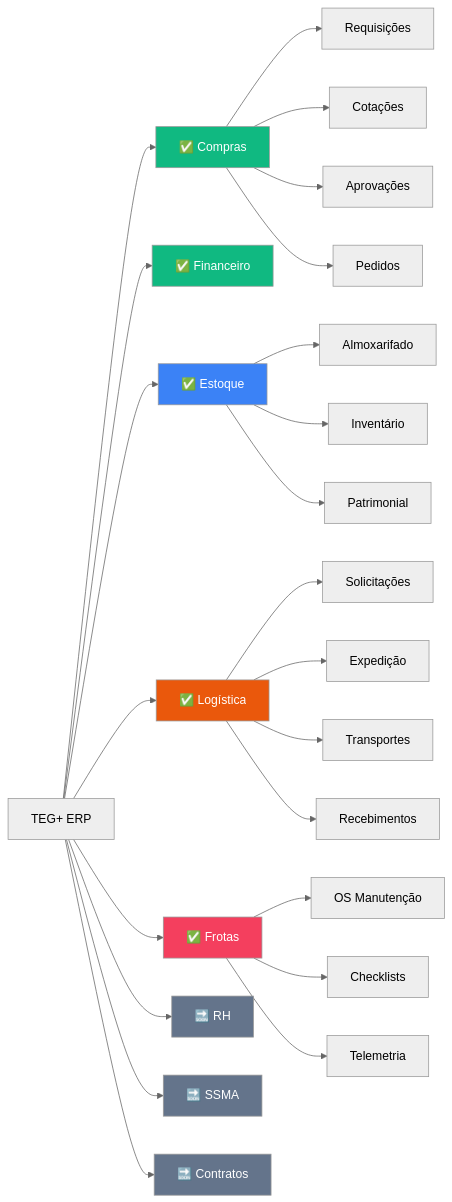
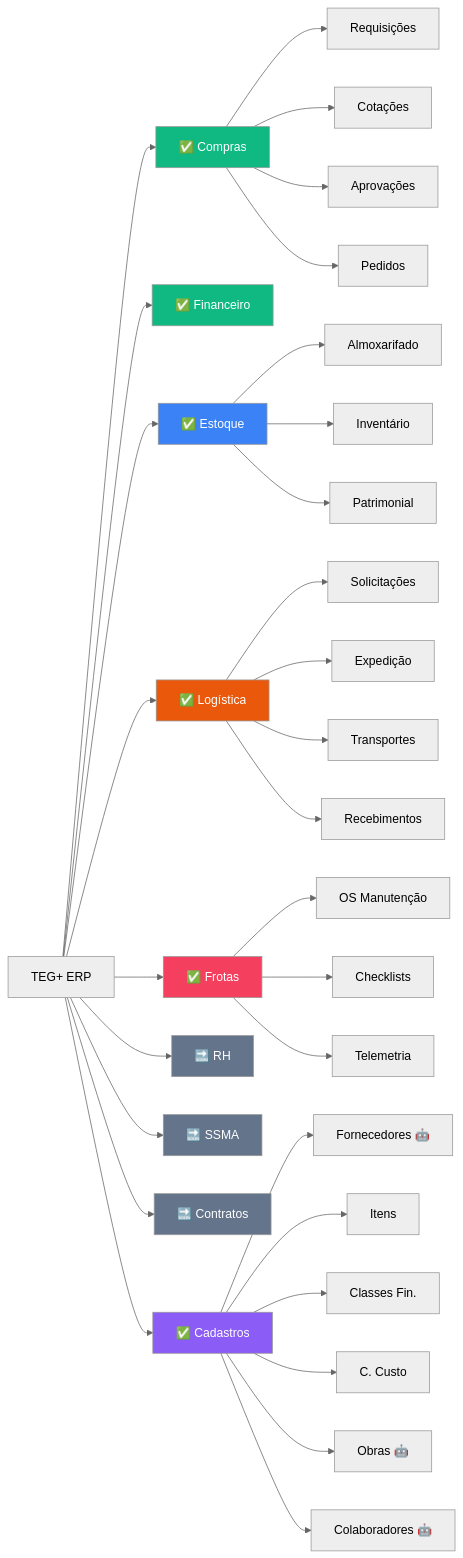
The second of 2 diagrams in docs/obsidian/00 - TEG+ INDEX.md (leandroteg/teg-plus), drawn with Mermaid (neutral theme) before and after one commit. The commit also changed other lines of this file and 7 other files, not shown here.

````diff
--- a/docs/obsidian/00 - TEG+ INDEX.md
+++ b/docs/obsidian/00 - TEG+ INDEX.md
@@ -98,38 +102,47 @@
 ```mermaid
 graph LR
     M[TEG+ ERP] --> C[✅ Compras]
     M --> F[✅ Financeiro]
     M --> E[✅ Estoque]
     M --> L[✅ Logística]
     M --> FR[✅ Frotas]
     M --> R[🔜 RH]
     M --> S[🔜 SSMA]
     M --> K[🔜 Contratos]
+    M --> CAD[✅ Cadastros]
+
+    CAD --> CAD1[Fornecedores 🤖]
+    CAD --> CAD2[Itens]
+    CAD --> CAD3[Classes Fin.]
+    CAD --> CAD4[C. Custo]
+    CAD --> CAD5[Obras 🤖]
+    CAD --> CAD6[Colaboradores 🤖]
 
     C --> C1[Requisições]
     C --> C2[Cotações]
     C --> C3[Aprovações]
     C --> C4[Pedidos]
 
     E --> E1[Almoxarifado]
     E --> E2[Inventário]
     E --> E3[Patrimonial]
 
     L --> L1[Solicitações]
     L --> L2[Expedição]
     L --> L3[Transportes]
     L --> L4[Recebimentos]
 
     FR --> FR1[OS Manutenção]
     FR --> FR2[Checklists]
     FR --> FR3[Telemetria]
 
     style C  fill:#10B981,color:#fff
     style F  fill:#10B981,color:#fff
     style E  fill:#3B82F6,color:#fff
     style L  fill:#EA580C,color:#fff
     style FR fill:#F43F5E,color:#fff
     style R  fill:#64748B,color:#fff
     style S  fill:#64748B,color:#fff
     style K  fill:#64748B,color:#fff
+    style CAD fill:#8B5CF6,color:#fff
 ```
````
